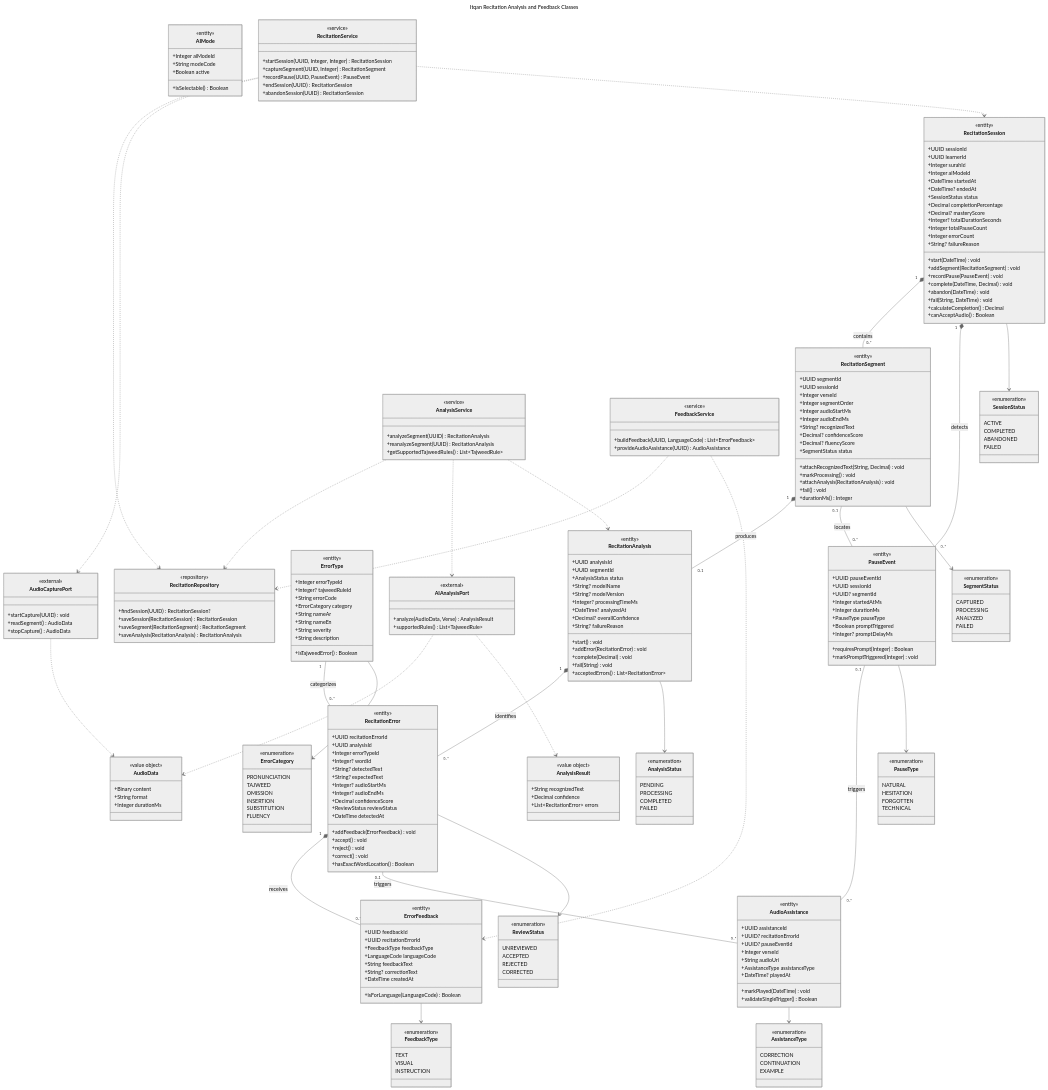
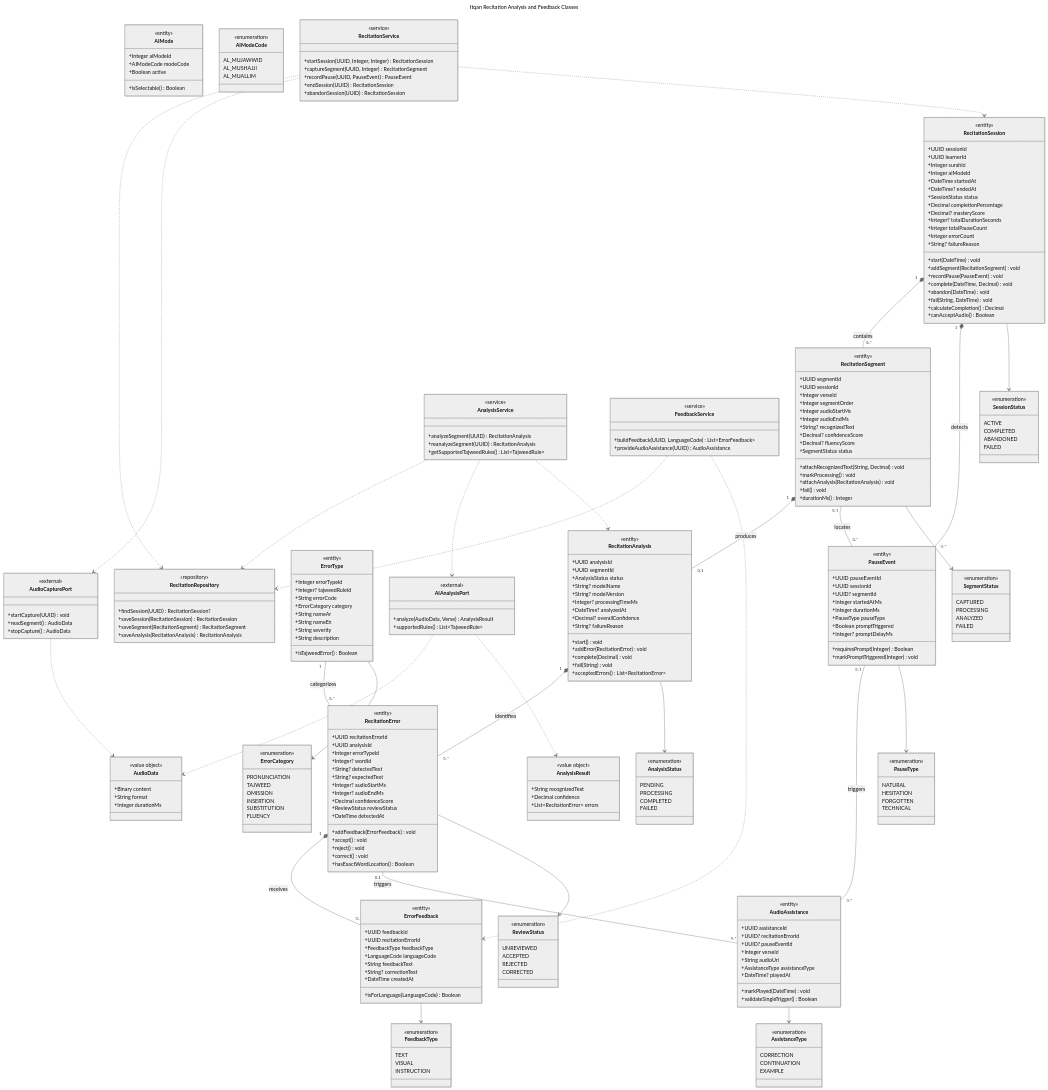
The diagram in docs/diagrams/class/recitation-feedback-classes.mmd (IbrahimFyz/Itqan), drawn with Mermaid before and after one commit. The commit also changed 3 other files, not shown here.

Commit message:
docs: align UML entity and mode types

```diff
--- a/docs/diagrams/class/recitation-feedback-classes.mmd
+++ b/docs/diagrams/class/recitation-feedback-classes.mmd
@@ -135,9 +135,15 @@
 class AIMode {
   <<entity>>
   +Integer aiModeId
-  +String modeCode
+  +AIModeCode modeCode
   +Boolean active
   +isSelectable() Boolean
+}
+class AIModeCode {
+  <<enumeration>>
+  AL_MUJAWWID
+  AL_MUSHAJJI
+  AL_MUALLIM
 }
 class SessionStatus {
   <<enumeration>>
```
